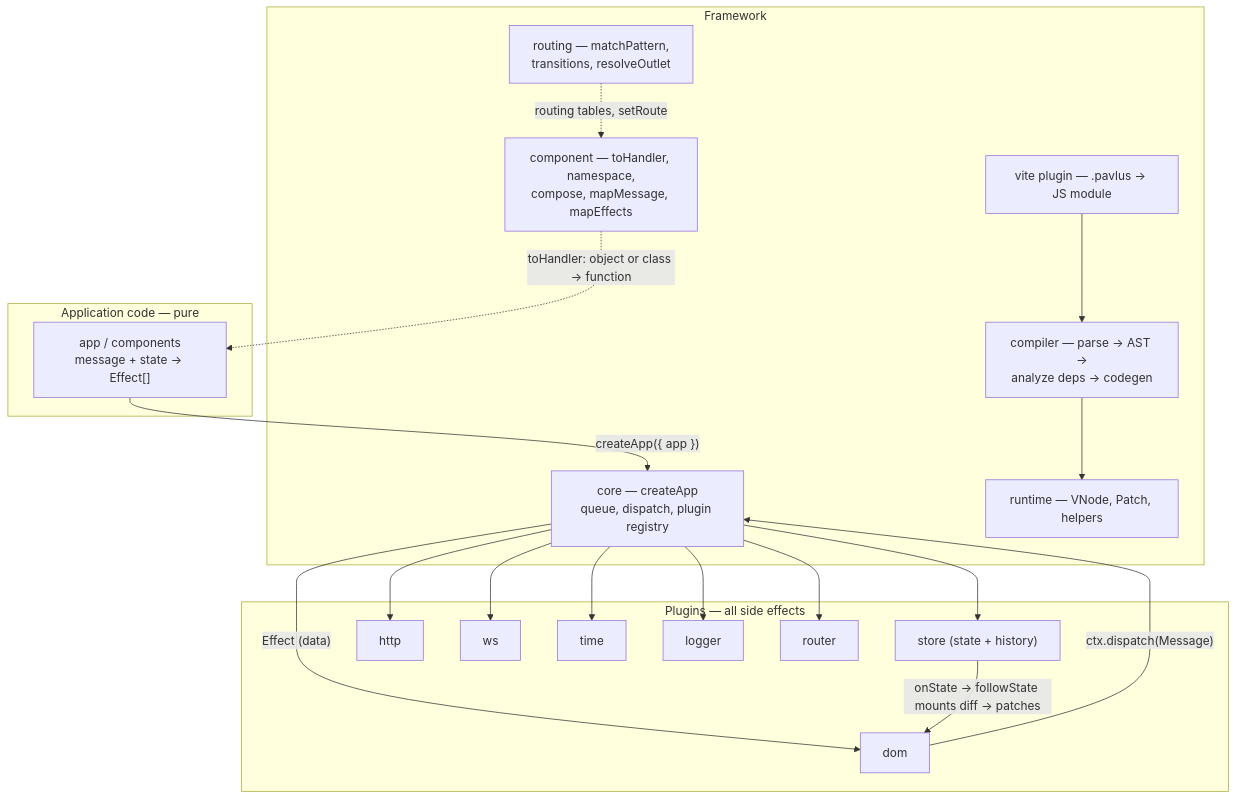
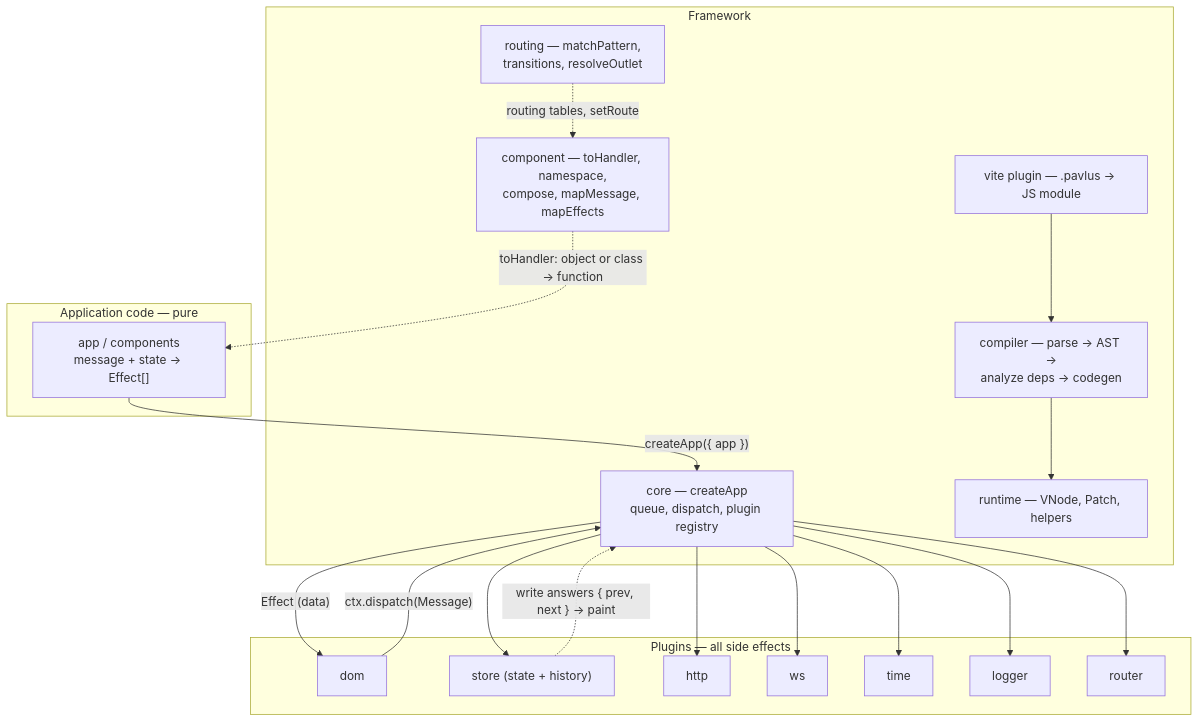
One commit to rysev-a/pavlus changed the first of 4 diagrams in framework/docs/architecture.md. Above: the diagram before and after it, drawn with Mermaid. The commit also changed other lines of this file and 35 other files, not shown here.

Commit message:
framework: DomPlugin is a class (mount/update/unmount with scoped patches), components slice paint payloads, no slot PoC left

````diff
--- a/framework/docs/architecture.md
+++ b/framework/docs/architecture.md
@@ -33,37 +33,37 @@
 ```mermaid
 flowchart TD
     subgraph app["Application code — pure"]
         A["app / components<br/>message + state → Effect[]"]
     end
     subgraph fw["Framework"]
         C["core — createApp<br/>queue, dispatch, plugin registry"]
         K["component — toHandler, namespace,<br/>compose, mapMessage, mapEffects"]
         R["routing — matchPattern,<br/>transitions, resolveOutlet"]
         T["compiler — parse → AST →<br/>analyze deps → codegen"]
         V["vite plugin — .pavlus → JS module"]
         RT["runtime — VNode, Patch, helpers"]
     end
     subgraph plugs["Plugins — all side effects"]
         D["dom"]
         ST["store (state + history)"]
         H["http"]
         W["ws"]
         TI["time"]
         L["logger"]
         RO["router"]
     end
     A -->|"createApp({ app })"| C
     K -.->|"toHandler: object or class → function"| A
     R -.->|"routing tables, setRoute"| K
     T --> RT
     V --> T
     C -->|"Effect (data)"| D
     C --> ST
     C --> H
     C --> W
     C --> TI
     C --> L
     C --> RO
     D -->|"ctx.dispatch(Message)"| C
-    ST -->|"onState → followState mounts diff → patches"| D
+    ST -.->|"write answers { prev, next } → paint"| C
 ```
````
